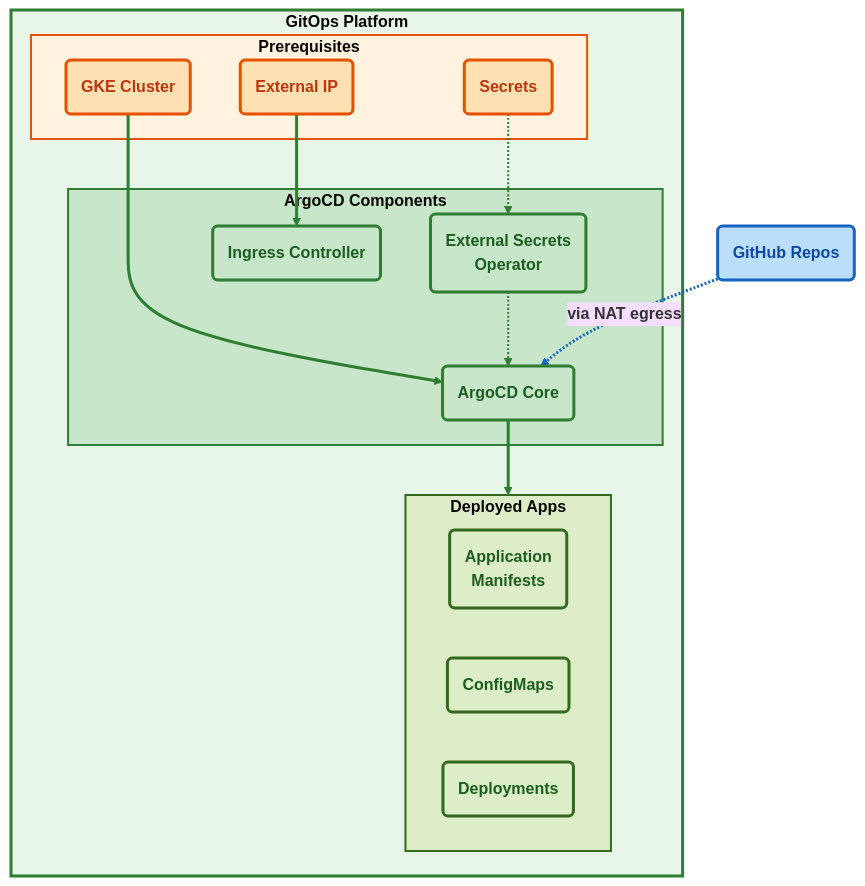
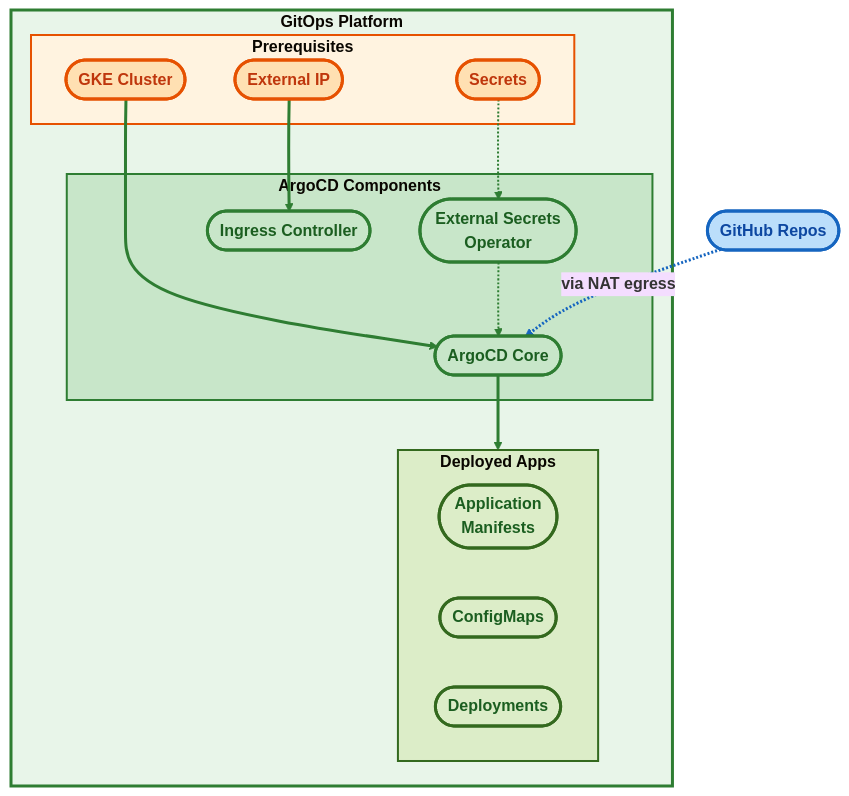
The third of 7 diagrams in docs/ARCHITECTURE_DIAGRAM.md (spolspol/terragrunt-gcp-org-automation), drawn with Mermaid (base theme) before and after one commit. The commit also changed other lines of this file, not shown here.

Commit message:
Refines architecture diagram node shapes

````diff
--- a/docs/ARCHITECTURE_DIAGRAM.md
+++ b/docs/ARCHITECTURE_DIAGRAM.md
@@ -254,52 +279,52 @@
 ```mermaid
 flowchart TB
     subgraph GitOpsStack["<b>GitOps Platform</b>"]
         subgraph Prerequisites["<b>Prerequisites</b>"]
-            GKEC("<b>GKE Cluster</b>")
-            SECS("<b>Secrets</b>")
-            EXTIP("<b>External IP</b>")
+            GKEC(["<b>GKE Cluster</b>"])
+            SECS(["<b>Secrets</b>"])
+            EXTIP(["<b>External IP</b>"])
         end
 
         subgraph ArgoComponents["<b>ArgoCD Components</b>"]
-            ARGO("<b>ArgoCD Core</b>")
-            ESO("<b>External Secrets<br/>Operator</b>")
-            INGRESS("<b>Ingress Controller</b>")
+            ARGO(["<b>ArgoCD Core</b>"])
+            ESO(["<b>External Secrets<br/>Operator</b>"])
+            INGRESS(["<b>Ingress Controller</b>"])
         end
 
         subgraph Applications["<b>Deployed Apps</b>"]
-            APPS("<b>Application<br/>Manifests</b>")
-            CONFIGS("<b>ConfigMaps</b>")
-            DEPLOYS("<b>Deployments</b>")
+            APPS(["<b>Application<br/>Manifests</b>"])
+            CONFIGS(["<b>ConfigMaps</b>"])
+            DEPLOYS(["<b>Deployments</b>"])
         end
     end
 
     GKEC ==> ARGO
     SECS -.-> ESO
     ESO -.-> ARGO
     EXTIP ==> INGRESS
     ARGO ==> Applications
 
-    GITHUB("<b>GitHub Repos</b>") -.->|"<b>via NAT egress</b>"| ARGO
+    GITHUB(["<b>GitHub Repos</b>"]) -.->|"<b>via NAT egress</b>"| ARGO
 
     classDef prereq fill:#ffe0b2,stroke:#e65100,stroke-width:3px,font-weight:bold,color:#bf360c
     classDef argo fill:#c8e6c9,stroke:#2e7d32,stroke-width:3px,font-weight:bold,color:#1b5e20
     classDef apps fill:#dcedc8,stroke:#33691e,stroke-width:3px,font-weight:bold,color:#1b5e20
     classDef ext fill:#bbdefb,stroke:#1565c0,stroke-width:3px,font-weight:bold,color:#0d47a1
 
     class GKEC,SECS,EXTIP prereq
     class ARGO,ESO,INGRESS argo
     class APPS,CONFIGS,DEPLOYS apps
     class GITHUB ext
 
     linkStyle 0 stroke:#2e7d32,stroke-width:3px
     linkStyle 1 stroke:#2e7d32,stroke-width:2px
     linkStyle 2 stroke:#2e7d32,stroke-width:2px
     linkStyle 3 stroke:#2e7d32,stroke-width:3px
     linkStyle 4 stroke:#2e7d32,stroke-width:3px
     linkStyle 5 stroke:#1565c0,stroke-width:3px
 
     style GitOpsStack fill:#e8f5e9,stroke:#2e7d32,stroke-width:3px
     style Prerequisites fill:#fff3e0,stroke:#e65100,stroke-width:2px
     style ArgoComponents fill:#c8e6c9,stroke:#2e7d32,stroke-width:2px
     style Applications fill:#dcedc8,stroke:#33691e,stroke-width:2px
 ```
````
